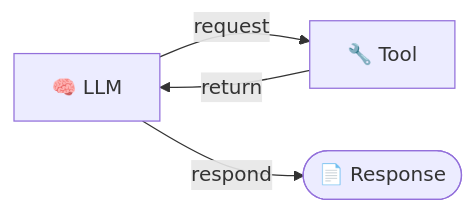
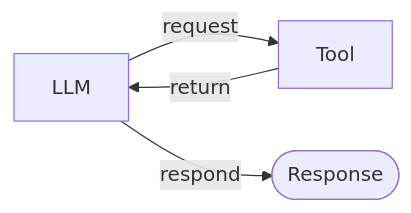
Before and after one commit to agenticloops-ai/agentic-ai-engineering: the third of 8 diagrams in 01-foundations/workshop.md, drawn with Mermaid. The commit also changed other lines of this file, not shown here.

````diff
--- a/01-foundations/workshop.md
+++ b/01-foundations/workshop.md
@@ -293,6 +73,6 @@
 ```mermaid
 flowchart LR
-    L[🧠 LLM] -->|request| T[🔧 Tool]
+    L[LLM] -->|request| T[Tool]
     T -->|return| L
-    L -->|respond| O([📄 Response])
+    L -->|respond| O([Response])
 ```
````
